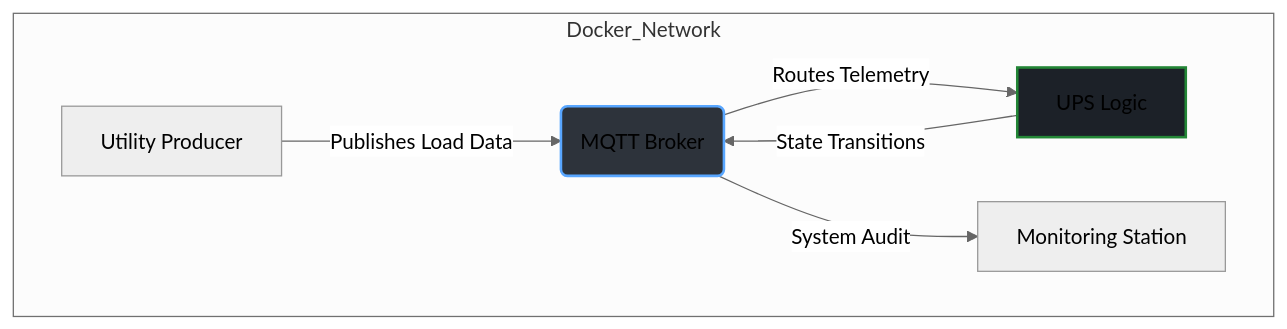
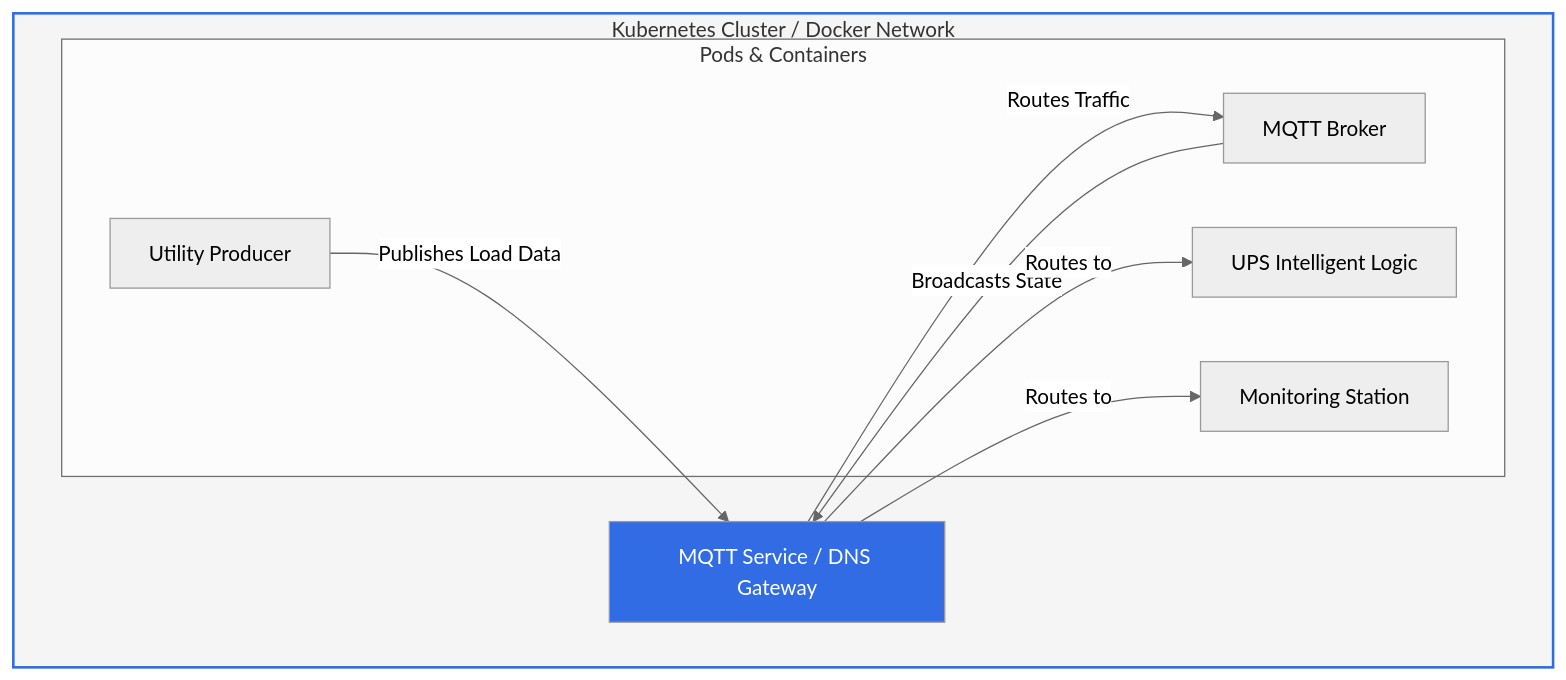
The diagram in README.md (chifru19/VoltGuard-DCEO-Sim), drawn with Mermaid (neutral theme) before and after one commit. The commit also changed other lines of this file, not shown here.

````diff
--- a/README.md
+++ b/README.md
@@ -7,12 +7,21 @@
 ```mermaid
 graph TD
-    subgraph Docker_Network
-    A[Utility Producer] -->|Publishes Load Data| B(MQTT Broker)
-    B -->|Routes Telemetry| C[UPS Logic]
-    C -->|State Transitions| B
-    B -->|System Audit| D[Monitoring Station]
+    subgraph K8s_Cluster [Kubernetes Cluster / Docker Network]
+        subgraph Workloads [Pods & Containers]
+            U[Utility Producer]
+            UPS[UPS Intelligent Logic]
+            MON[Monitoring Station]
+            M[MQTT Broker]
+        end
+        SVC[MQTT Service / DNS Gateway]
     end
 
-    style B fill:#2d333b,stroke:#58a6ff,stroke-width:2px
-    style C fill:#1c2128,stroke:#238636,stroke-width:2px
+    U -->|Publishes Load Data| SVC
+    SVC -->|Routes Traffic| M
+    M -->|Broadcasts State| SVC
+    SVC -->|Routes to| UPS
+    SVC -->|Routes to| MON
+
+    style SVC fill:#326ce5,color:#fff
+    style K8s_Cluster fill:#f5f5f5,stroke:#326ce5,stroke-width:2px
 ```
````
